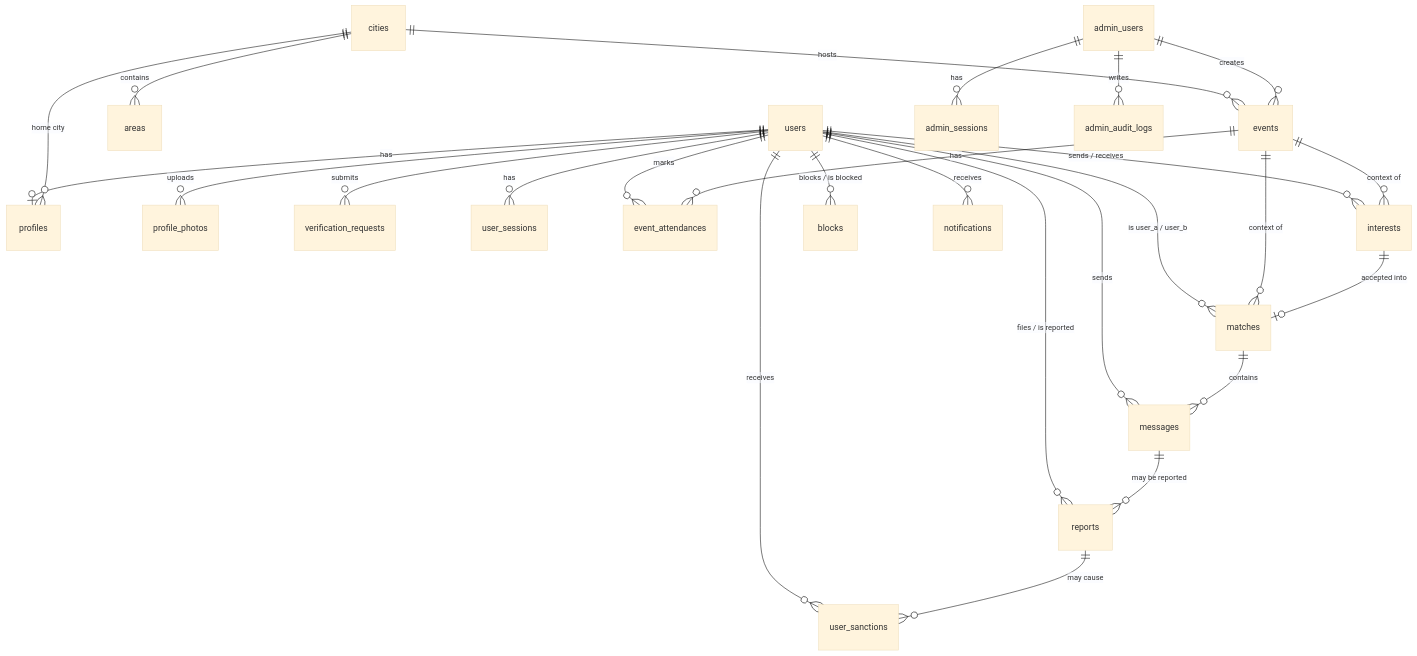
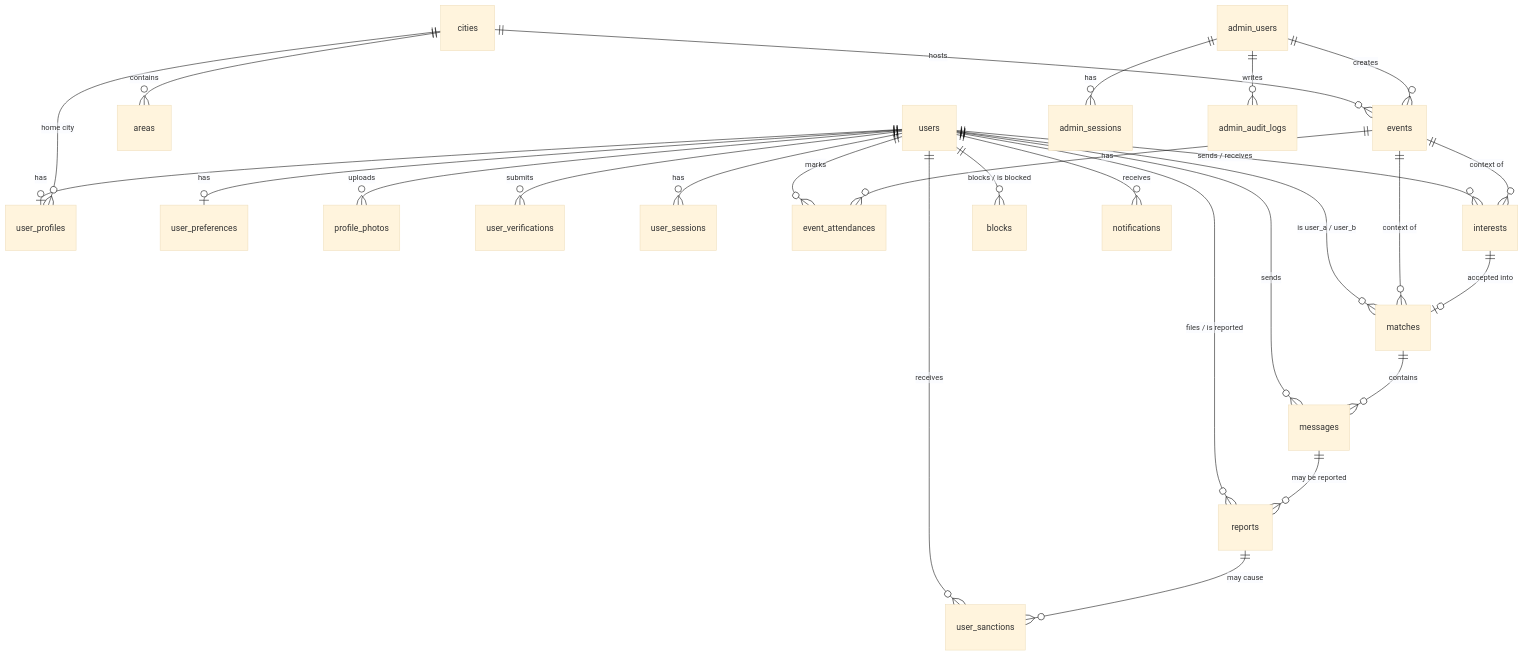
The diagram in docs/architecture/database-architecture.md (raviraja03/garba-partner), drawn with Mermaid (base theme) before and after one commit. The commit also changed other lines of this file and 51 other files, not shown here.

````diff
--- a/docs/architecture/database-architecture.md
+++ b/docs/architecture/database-architecture.md
@@ -20,28 +22,29 @@
 ```mermaid
 erDiagram
-    users ||--o| profiles : has
+    users ||--o| user_profiles : has
+    users ||--o| user_preferences : has
     users ||--o{ profile_photos : uploads
-    users ||--o{ verification_requests : submits
+    users ||--o{ user_verifications : submits
     users ||--o{ user_sessions : has
     users ||--o{ event_attendances : marks
     users ||--o{ interests : "sends / receives"
     users ||--o{ matches : "is user_a / user_b"
     users ||--o{ messages : sends
     users ||--o{ blocks : "blocks / is blocked"
     users ||--o{ reports : "files / is reported"
     users ||--o{ user_sanctions : receives
     users ||--o{ notifications : receives
     cities ||--o{ areas : contains
-    cities ||--o{ profiles : "home city"
+    cities ||--o{ user_profiles : "home city"
     cities ||--o{ events : hosts
     events ||--o{ event_attendances : has
     events ||--o{ interests : "context of"
     events ||--o{ matches : "context of"
     interests ||--o| matches : "accepted into"
     matches ||--o{ messages : contains
     messages ||--o{ reports : "may be reported"
     reports ||--o{ user_sanctions : "may cause"
     admin_users ||--o{ admin_sessions : has
     admin_users ||--o{ admin_audit_logs : writes
     admin_users ||--o{ events : creates
 ```
````
